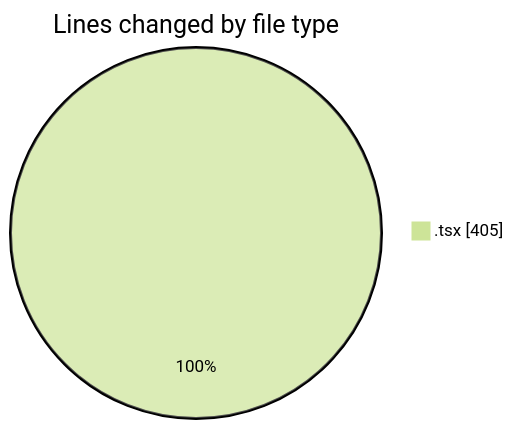
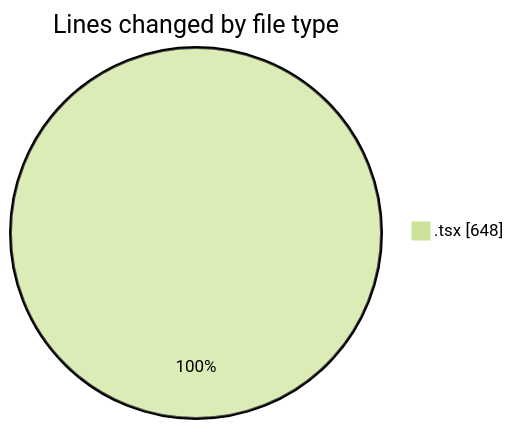
The first of 2 diagrams in 2026-07-20/nxtqube_webapp/README.md (nxtqubesakshisongat/code-tracking), drawn with Mermaid (forest theme) before and after one commit. The commit also changed other lines of this file and 1 other file, not shown here.

````diff
--- a/2026-07-20/nxtqube_webapp/README.md
+++ b/2026-07-20/nxtqube_webapp/README.md
@@ -20,5 +21,5 @@
 ```mermaid
 pie showData
 title Lines changed by file type
-".tsx" : 405
+".tsx" : 648
 ```
````
